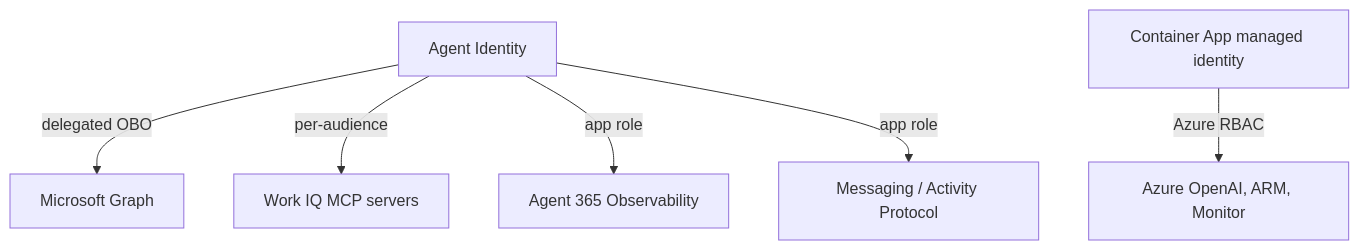
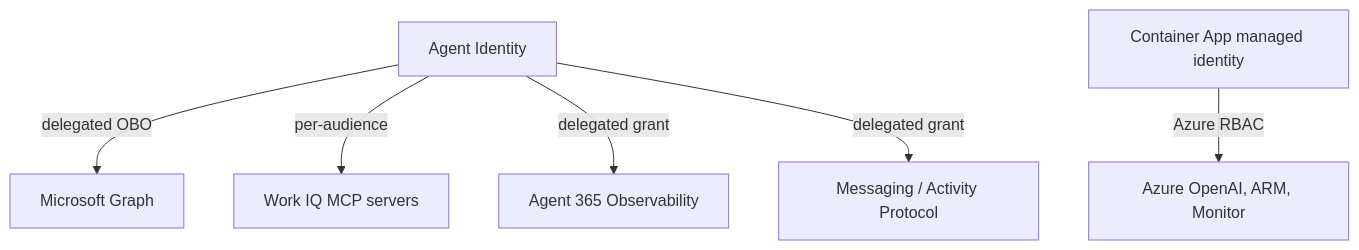
The diagram in docs/capabilities-and-permissions.md (thobthuan-s/langchain-oa), drawn with Mermaid before and after one commit. The commit also changed other lines of this file and 9 other files, not shown here.

````diff
--- a/docs/capabilities-and-permissions.md
+++ b/docs/capabilities-and-permissions.md
@@ -65,10 +65,10 @@
 ```mermaid
 flowchart TD
     AI[Agent Identity]
     AI -->|delegated OBO| G[Microsoft Graph]
     AI -->|per-audience| W[Work IQ MCP servers]
-    AI -->|app role| O[Agent 365 Observability]
-    AI -->|app role| B[Messaging / Activity Protocol]
+    AI -->|delegated grant| O[Agent 365 Observability]
+    AI -->|delegated grant| B[Messaging / Activity Protocol]
 
     MI[Container App managed identity] -->|Azure RBAC| AZ[Azure OpenAI, ARM, Monitor]
 ```
````
